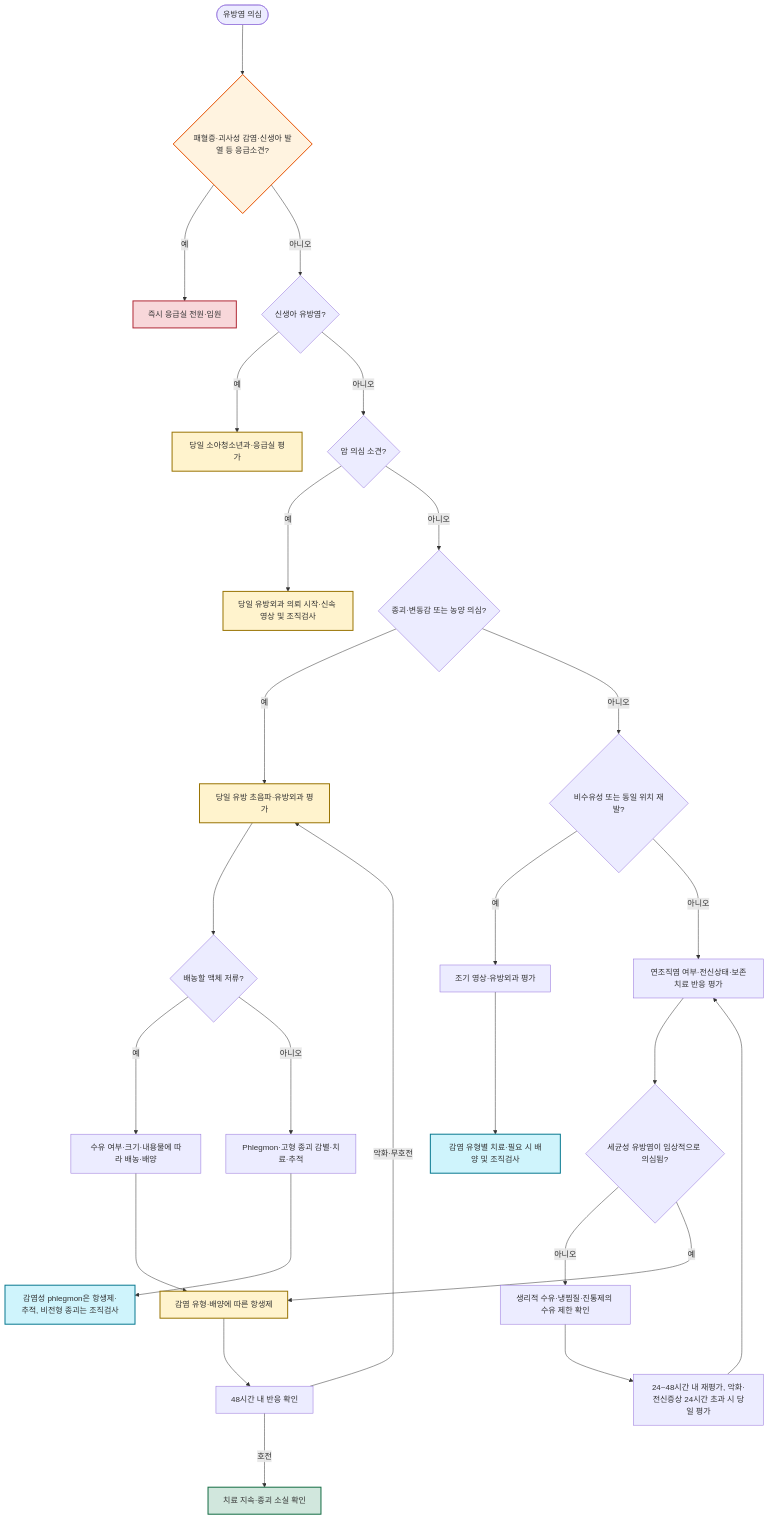
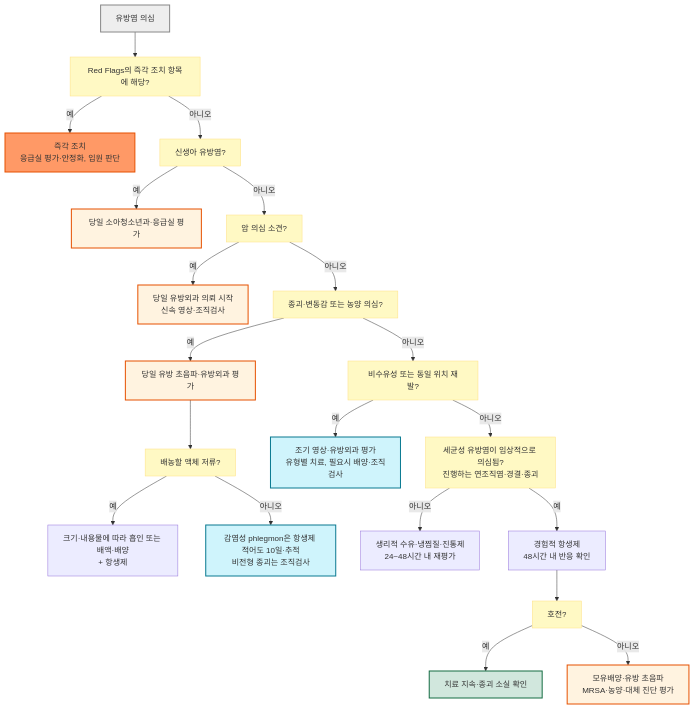
Before and after one commit to familyoh77/familyoh77: the diagram in 230_/200_-mastitis.md, drawn with Mermaid. The commit also changed other lines of this file and 16 other files, not shown here.

````diff
--- a/230_/200_-mastitis.md
+++ b/230_/200_-mastitis.md
@@ -127,37 +127,34 @@
 ```mermaid
 flowchart TD
-    S(["유방염 의심"]) ---> E{"패혈증·괴사성 감염·신생아 발열 등 응급소견?"}
-    E --->|예| ER["즉시 응급실 전원·입원"]
-    E --->|아니오| NB{"신생아 유방염?"}
-    NB --->|예| PED["당일 소아청소년과·응급실 평가"]
-    NB --->|아니오| CA{"암 의심 소견?"}
-    CA --->|예| CAX["당일 유방외과 의뢰 시작·신속 영상 및 조직검사"]
-    CA --->|아니오| M{"종괴·변동감 또는 농양 의심?"}
-    M --->|예| US["당일 유방 초음파·유방외과 평가"]
-    US ---> F{"배농할 액체 저류?"}
-    F --->|예| D["수유 여부·크기·내용물에 따라 배농·배양"]
-    F --->|아니오| PH["Phlegmon·고형 종괴 감별·치료·추적"]
-    D ---> ATB["감염 유형·배양에 따른 항생제"]
-    PH ---> FU2["감염성 phlegmon은 항생제·추적, 비전형 종괴는 조직검사"]
-    M --->|아니오| X{"비수유성 또는 동일 위치 재발?"}
-    X --->|예| IMG["조기 영상·유방외과 평가"]
-    IMG ---> BX["감염 유형별 치료·필요 시 배양 및 조직검사"]
-    X --->|아니오| Q["연조직염 여부·전신상태·보존치료 반응 평가"]
-    Q ---> I{"세균성 유방염이 임상적으로 의심됨?"}
-    I --->|아니오| C["생리적 수유·냉찜질·진통제의 수유 제한 확인"]
-    C ---> FU["24~48시간 내 재평가, 악화·전신증상 24시간 초과 시 당일 평가"]
-    FU ---> Q
-    I --->|예| ATB
-    ATB ---> R["48시간 내 반응 확인"]
-    R --->|악화·무호전| US
-    R --->|호전| END["치료 지속·종괴 소실 확인"]
-    style E fill:#fff3e0,stroke:#e65100,stroke-width:2px
-    style ER fill:#f8d7da,stroke:#b02a37,stroke-width:2px
-    style PED fill:#fff3cd,stroke:#997404,stroke-width:2px
-    style CAX fill:#fff3cd,stroke:#997404,stroke-width:2px
-    style US fill:#fff3cd,stroke:#997404,stroke-width:2px
-    style ATB fill:#fff3cd,stroke:#997404,stroke-width:2px
+    S["유방염 의심"] --> E["Red Flags의 즉각 조치 항목에 해당?"]
+    E -- "예" --> ER["즉각 조치<br/>응급실 평가·안정화, 입원 판단"]
+    E -- "아니오" --> NB["신생아 유방염?"]
+    NB -- "예" --> PED["당일 소아청소년과·응급실 평가"]
+    NB -- "아니오" --> CA["암 의심 소견?"]
+    CA -- "예" --> CAX["당일 유방외과 의뢰 시작<br/>신속 영상·조직검사"]
+    CA -- "아니오" --> M["종괴·변동감 또는 농양 의심?"]
+    M -- "예" --> US["당일 유방 초음파·유방외과 평가"]
+    US --> F["배농할 액체 저류?"]
+    F -- "예" --> D["크기·내용물에 따라 흡인 또는 배액·배양<br/>+ 항생제"]
+    F -- "아니오" --> PH["감염성 phlegmon은 항생제 적어도 10일·추적<br/>비전형 종괴는 조직검사"]
+    M -- "아니오" --> X["비수유성 또는 동일 위치 재발?"]
+    X -- "예" --> IMG["조기 영상·유방외과 평가<br/>유형별 치료, 필요시 배양·조직검사"]
+    X -- "아니오" --> I["세균성 유방염이 임상적으로 의심됨?<br/>진행하는 연조직염·경결·종괴"]
+    I -- "아니오" --> C["생리적 수유·냉찜질·진통제<br/>24~48시간 내 재평가"]
+    I -- "예" --> ATB["경험적 항생제<br/>48시간 내 반응 확인"]
+    ATB --> R["호전?"]
+    R -- "예" --> END["치료 지속·종괴 소실 확인"]
+    R -- "아니오" --> R2["모유배양·유방 초음파<br/>MRSA·농양·대체 진단 평가"]
+
+    classDef question fill:#fff9c4,stroke:#ffe082
+    class E,NB,CA,M,F,X,I,R question
+    style S fill:#eeeeee,stroke:#888888,stroke-width:2px
+    style ER fill:#f96,stroke:#e65100,stroke-width:2px
+    style PED fill:#fff3e0,stroke:#e65100,stroke-width:2px
+    style CAX fill:#fff3e0,stroke:#e65100,stroke-width:2px
+    style US fill:#fff3e0,stroke:#e65100,stroke-width:2px
+    style R2 fill:#fff3e0,stroke:#e65100,stroke-width:2px
     style END fill:#d1e7dd,stroke:#146c43,stroke-width:2px
-    style FU2 fill:#cff4fc,stroke:#087990,stroke-width:2px
-    style BX fill:#cff4fc,stroke:#087990,stroke-width:2px
+    style PH fill:#cff4fc,stroke:#087990,stroke-width:2px
+    style IMG fill:#cff4fc,stroke:#087990,stroke-width:2px
 ```
````
